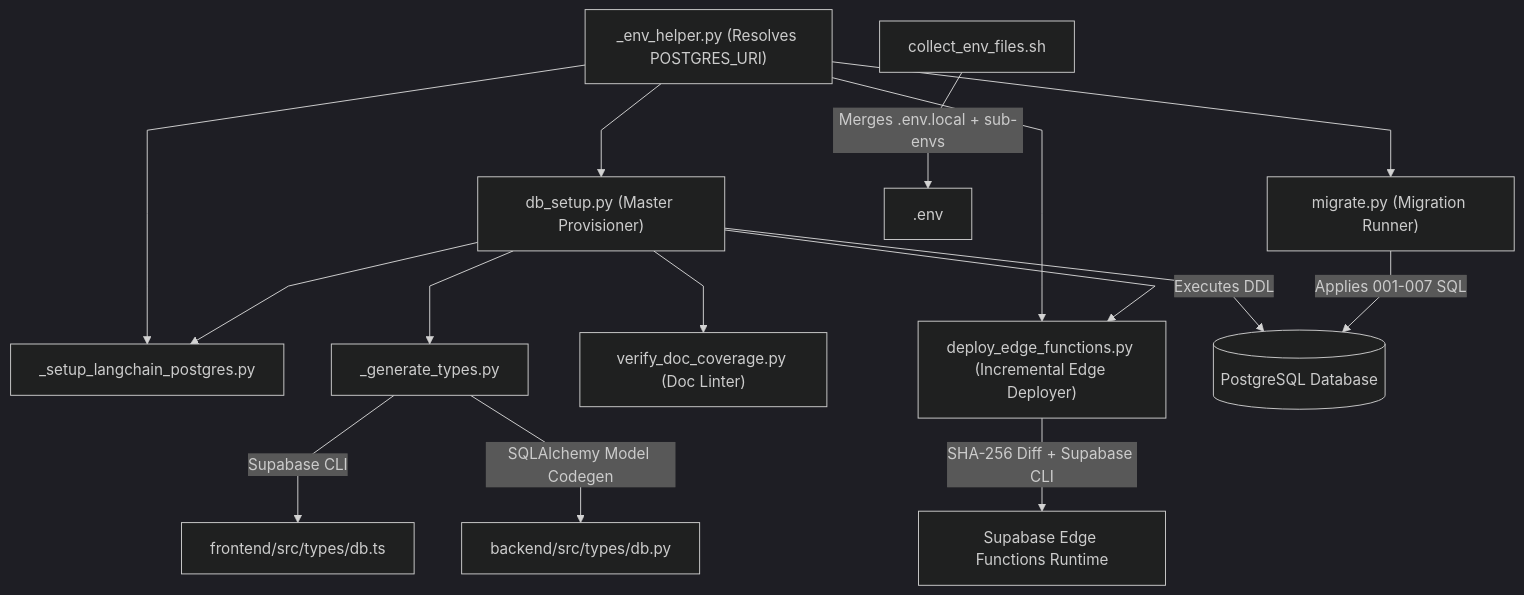
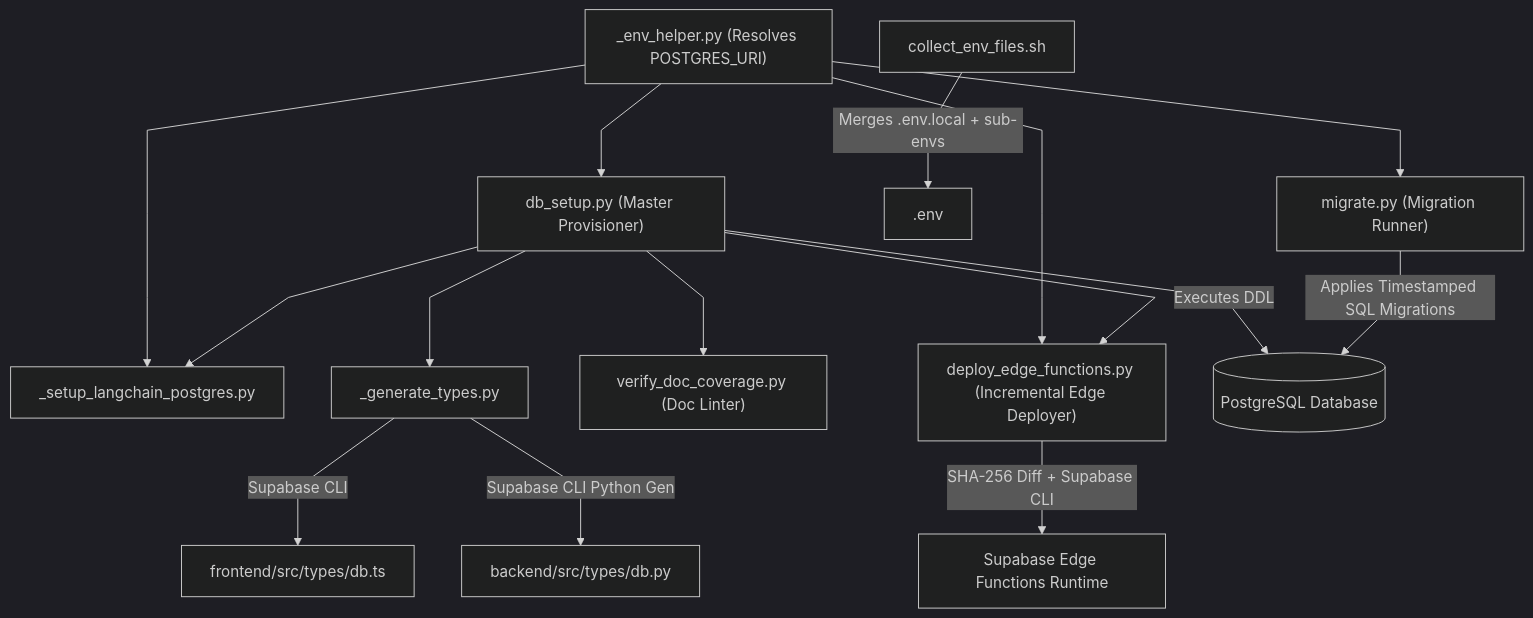
One commit to VictorBravo9er/Teacher-Assistant-Workspace changed the second of 2 diagrams in docs/systems/devops_and_deployment.md. Above: the diagram before and after it, drawn with Mermaid (dark theme). The commit also changed other lines of this file and 2 other files, not shown here.

First line of the commit message:
docs(db): synchronize macro-documentation with modular migrations and db-setup tooling

````diff
--- a/docs/systems/devops_and_deployment.md
+++ b/docs/systems/devops_and_deployment.md
@@ -67,31 +67,31 @@
 ```mermaid
 %%{init: {'flowchart': {'curve': 'linear'}}}%%
 flowchart TD
     EnvHelper["_env_helper.py (Resolves POSTGRES_URI)"]
     
     SetupDB["db_setup.py (Master Provisioner)"]
     Migrate["migrate.py (Migration Runner)"]
     LangGraphInit["_setup_langchain_postgres.py"]
     GenTypes["_generate_types.py"]
     DocLinter["verify_doc_coverage.py (Doc Linter)"]
     EdgeDeploy["deploy_edge_functions.py (Incremental Edge Deployer)"]
     EnvCollector["collect_env_files.sh"]
 
     EnvHelper --> SetupDB
     EnvHelper --> Migrate
     EnvHelper --> LangGraphInit
     EnvHelper --> EdgeDeploy
     SetupDB --> DocLinter
 
     SetupDB -->|Executes DDL| PostgreSQL[("PostgreSQL Database")]
-    Migrate -->|Applies 001-007 SQL| PostgreSQL
+    Migrate -->|Applies Timestamped SQL Migrations| PostgreSQL
     SetupDB --> LangGraphInit
     SetupDB --> GenTypes
     SetupDB --> EdgeDeploy
 
     GenTypes -->|Supabase CLI| TypeScriptTypes["frontend/src/types/db.ts"]
-    GenTypes -->|SQLAlchemy Model Codegen| PythonTypes["backend/src/types/db.py"]
+    GenTypes -->|Supabase CLI Python Gen| PythonTypes["backend/src/types/db.py"]
     EdgeDeploy -->|SHA-256 Diff + Supabase CLI| SupabaseEdge["Supabase Edge Functions Runtime"]
 
     EnvCollector -->|Merges .env.local + sub-envs| RootEnv[".env"]
 ```
````
